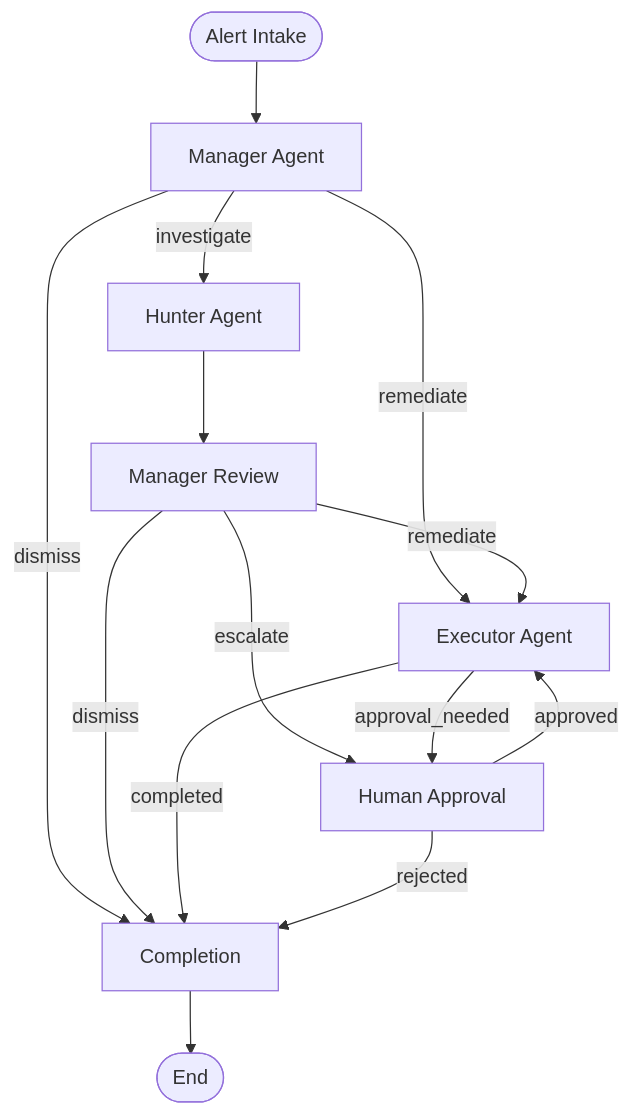
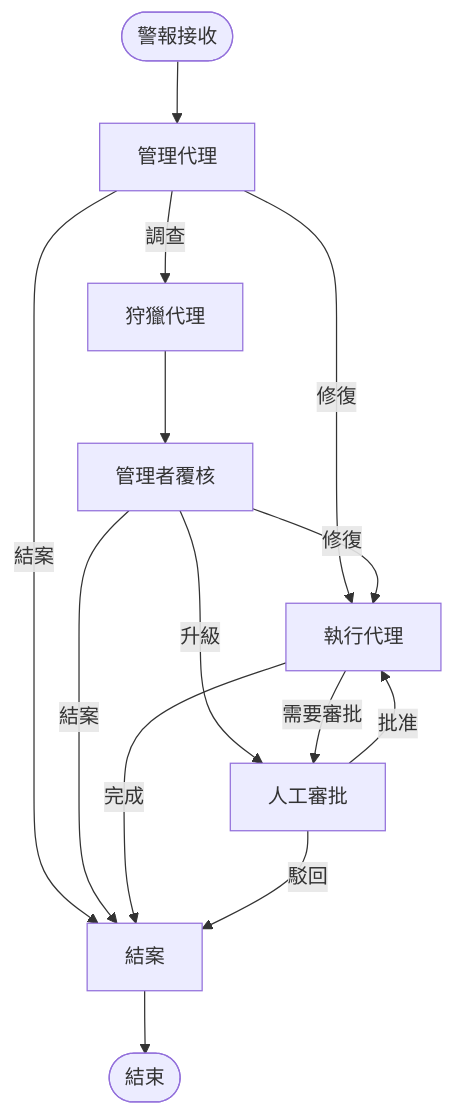
Before and after one commit to trionnemesis/wazuh_ai_agent: the diagram in README.md, drawn with Mermaid. The commit also changed other lines of this file, not shown here.

````diff
--- a/README.md
+++ b/README.md
@@ -26,16 +26,16 @@
 ```mermaid
 graph TB
-    Start([Alert Intake]) --> Manager[Manager Agent]
-    Manager -->|investigate| Hunter[Hunter Agent]
-    Manager -->|remediate| Executor[Executor Agent]
-    Manager -->|dismiss| Complete[Completion]
-    Hunter --> Review[Manager Review]
-    Review -->|remediate| Executor
-    Review -->|escalate| Human[Human Approval]
-    Review -->|dismiss| Complete
-    Executor -->|completed| Complete
-    Executor -->|approval_needed| Human
-    Human -->|approved| Executor
-    Human -->|rejected| Complete
-    Complete --> End([End])
+    Start([警報接收]) --> Manager[管理代理]
+    Manager -->|調查| Hunter[狩獵代理]
+    Manager -->|修復| Executor[執行代理]
+    Manager -->|結案| Complete[結案]
+    Hunter --> Review[管理者覆核]
+    Review -->|修復| Executor
+    Review -->|升級| Human[人工審批]
+    Review -->|結案| Complete
+    Executor -->|完成| Complete
+    Executor -->|需要審批| Human
+    Human -->|批准| Executor
+    Human -->|駁回| Complete
+    Complete --> End([結束])
 ```
````
